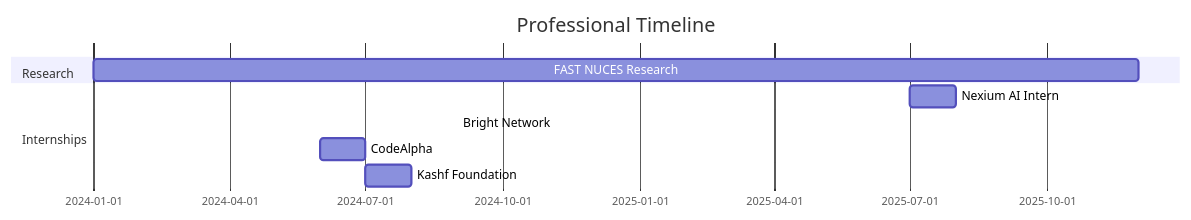
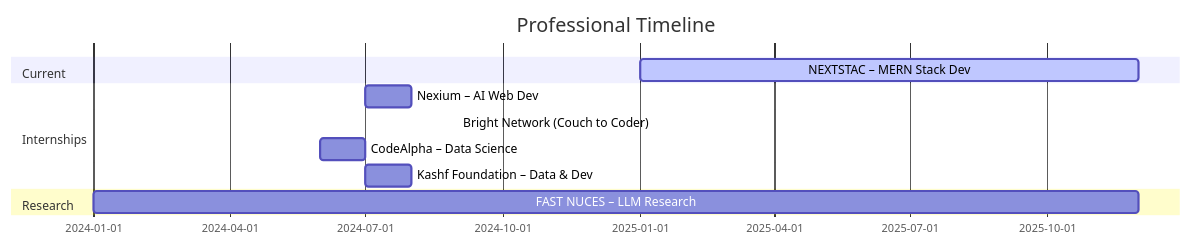
The diagram in README.md (ShahzebFaisal5649/ShahzebFaisal5649), drawn with Mermaid before and after one commit. The commit also changed other lines of this file, not shown here.

````diff
--- a/README.md
+++ b/README.md
@@ -715,12 +91,14 @@
 ```mermaid
 gantt
     title Professional Timeline
     dateFormat  YYYY-MM
+    section Current
+    NEXTSTAC – MERN Stack Dev     :active, 2025-01, 2025-12
+    section Internships
+    Nexium – AI Web Dev           :2024-07, 2024-08
+    Bright Network (Couch to Coder) :2024-09, 2024-09
+    CodeAlpha – Data Science      :2024-06, 2024-07
+    Kashf Foundation – Data & Dev :2024-07, 2024-08
     section Research
-    FAST NUCES Research    :2024-01, 2025-12
-    section Internships
-    Nexium AI Intern      :2025-07, 2025-08
-    Bright Network        :2024-09, 2024-09
-    CodeAlpha            :2024-06, 2024-07
-    Kashf Foundation     :2024-07, 2024-08
+    FAST NUCES – LLM Research     :2024-01, 2025-12
 ```
````
